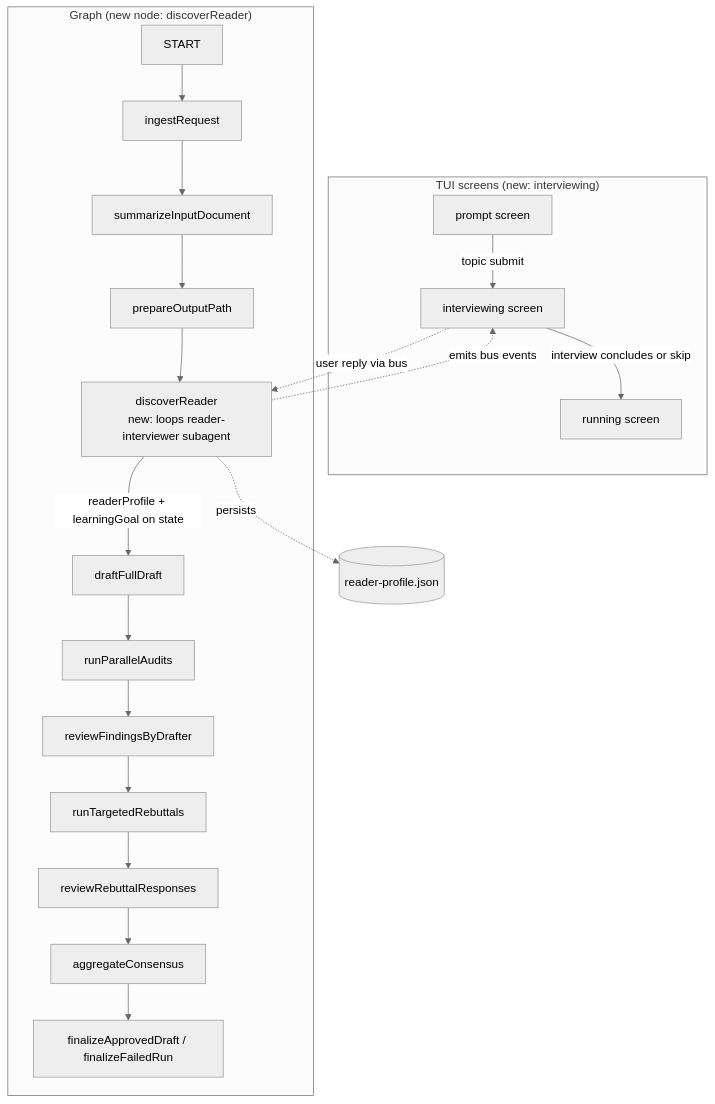
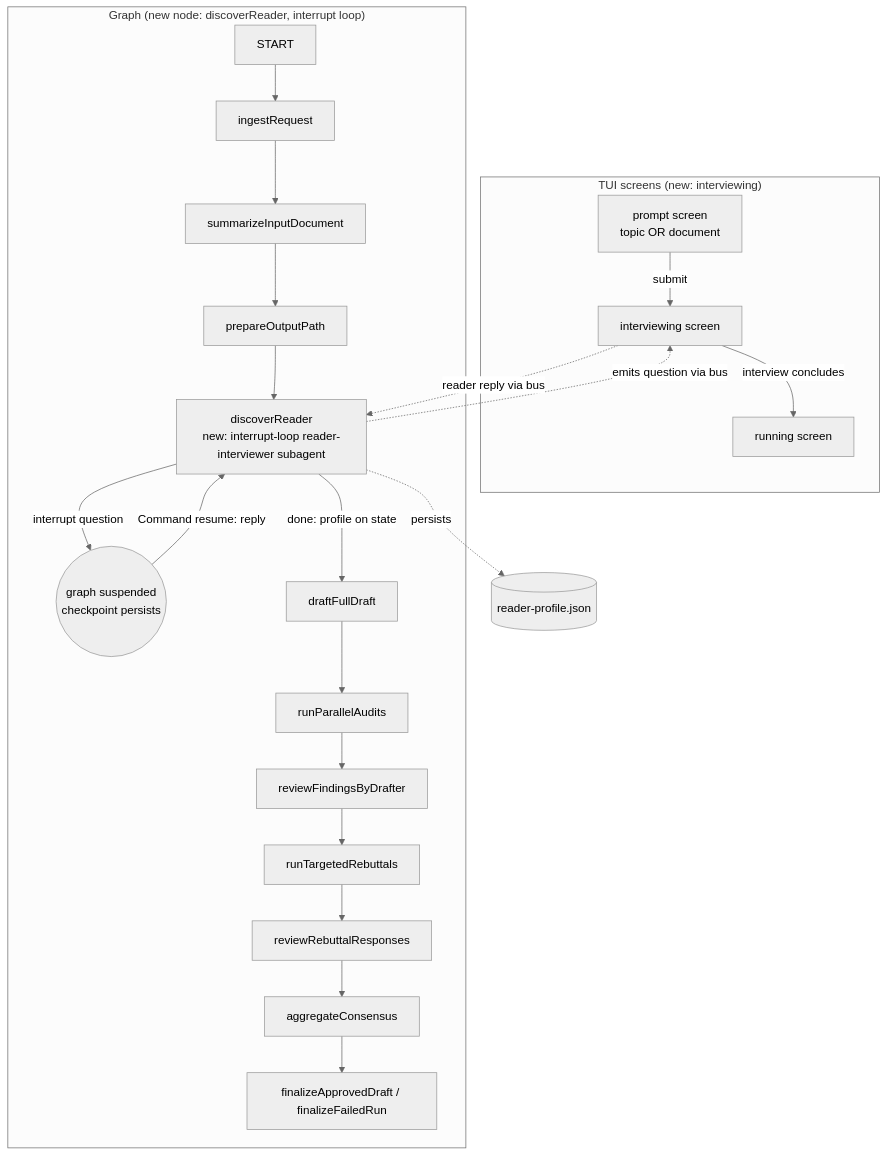
Before and after one commit to wcleeah/qurom: the diagram in docs/plan/reader-discovery/README.md, drawn with Mermaid (neutral theme). The commit also changed other lines of this file, not shown here.

First line of the commit message:
docs(plan): revise reader-discovery plan — both modes, tools, no confidence, resolved decisions

````diff
--- a/docs/plan/reader-discovery/README.md
+++ b/docs/plan/reader-discovery/README.md
@@ -105,25 +128,27 @@
 ```mermaid
 flowchart TD
     subgraph "TUI screens (new: interviewing)"
-      P[prompt screen] -->|topic submit| I[interviewing screen]
-      I -->|interview concludes or skip| R[running screen]
+      P[prompt screen<br/>topic OR document] -->|submit| I[interviewing screen]
+      I -->|interview concludes| R[running screen]
     end
 
-    subgraph "Graph (new node: discoverReader)"
+    subgraph "Graph (new node: discoverReader, interrupt loop)"
       S[START] --> IR[ingestRequest]
       IR --> SID[summarizeInputDocument]
       SID --> POP[prepareOutputPath]
-      POP --> DR[discoverReader<br/>new: loops reader-interviewer subagent]
-      DR -->|readerProfile + learningGoal on state| DFD[draftFullDraft]
+      POP --> DR[discoverReader<br/>new: interrupt-loop reader-interviewer subagent]
+      DR -->|interrupt question| PAUSE((graph suspended<br/>checkpoint persists))
+      PAUSE -->|Command resume: reply| DR
+      DR -->|done: profile on state| DFD[draftFullDraft]
       DFD --> RPA[runParallelAudits]
       RPA --> RFD[reviewFindingsByDrafter]
       RFD --> RT[runTargetedRebuttals]
       RT --> RRR[reviewRebuttalResponses]
       RRR --> AC[aggregateConsensus]
       AC --> FIN[finalizeApprovedDraft / finalizeFailedRun]
     end
 
     DR -.persists.-> RPJ[(reader-profile.json)]
-    DR -.emits bus events.-> I
-    I -.user reply via bus.-> DR
+    DR -.emits question via bus.-> I
+    I -.reader reply via bus.-> DR
 ```
````
